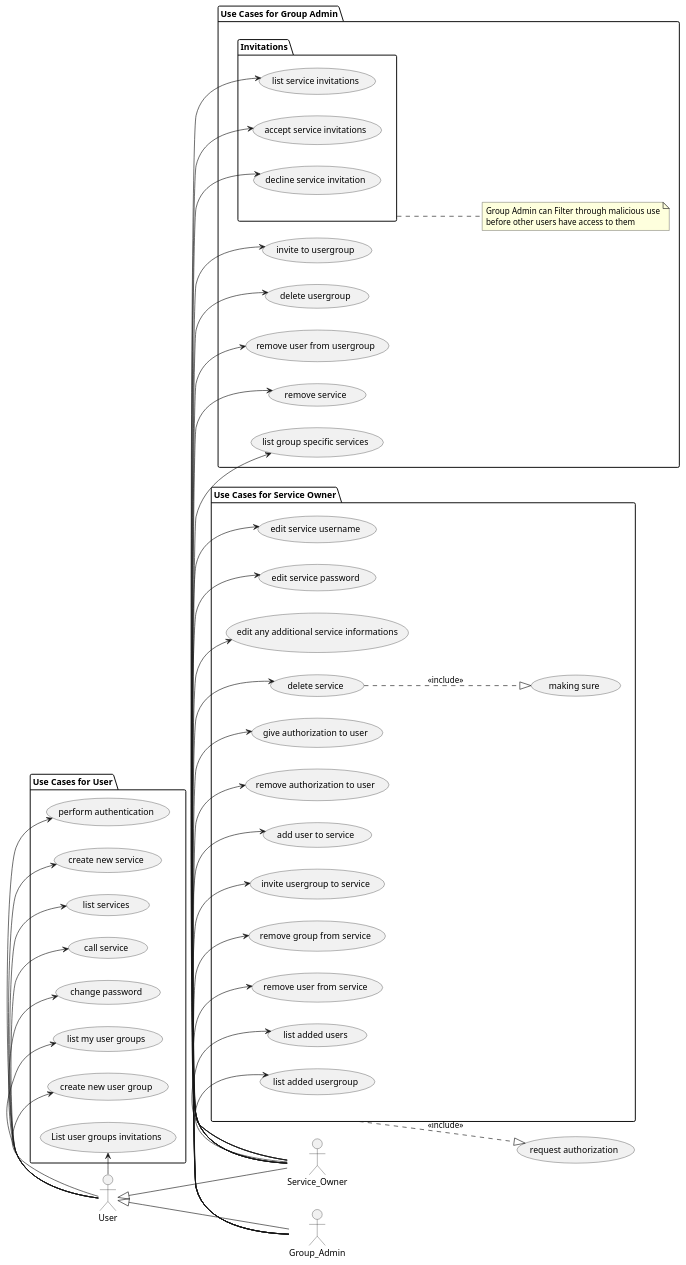
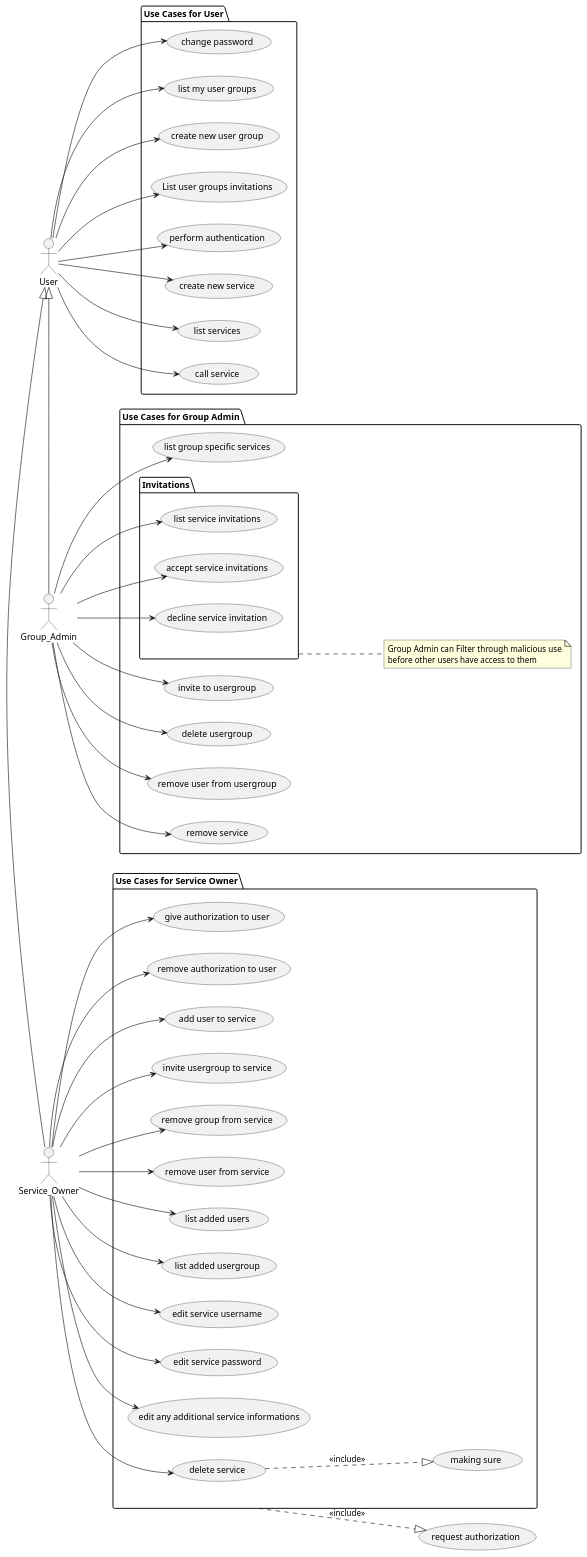
The diagram in doc/usecase.plantuml (sesogr/auth-share), drawn with PlantUML before and after one commit.

```diff
--- a/doc/usecase.plantuml
+++ b/doc/usecase.plantuml
@@ -1,92 +1,92 @@
 @startuml
 
 left to right direction
 
 actor User
 actor Service_Owner
 actor Group_Admin
 
-User <|-- Service_Owner
-User <|-- Group_Admin
+User <|- Service_Owner
+User <|- Group_Admin
 
 package "Use Cases for User" {
     (perform authentication) as PA
     (create new service) as CNS
     (list services) as LS
     (call service) as CS
     (change password) as CP
     (list my user groups) as LMUG
     (create new user group) as CNUG
     (List user groups invitations) as LUGI
 }
 
-User -> PA
-User -> CNS
-User -> LS
-User -> CS
-User -> CP
-User -> LMUG
-User -> CNUG
-User -> LUGI
+User --> PA
+User --> CNS
+User --> LS
+User --> CS
+User --> CP
+User --> LMUG
+User --> CNUG
+User --> LUGI
 
 package "Use Cases for Service Owner" as SO{
     (edit service username) as ESU
     (edit service password) as ESP
     (edit any additional service informations) as EASI
     (delete service) as DS
     
     (give authorization to user) as G_AUTH
     (remove authorization to user) as R_AUTH
     (add user to service) as AUTS
     (invite usergroup to service) as IUFS
     (remove group from service) as RGFS
     (remove user from service) as RUFS
     (list added users) as LAU
     (list added usergroup) as LAG
     (making sure) as MS
 }
 
 (request authorization) as AUTH
 
 DS ..|> MS : <<include>>
-Service_Owner -> ESU
-Service_Owner -> ESP
-Service_Owner -> EASI
-Service_Owner -> DS
+Service_Owner --> ESU
+Service_Owner --> ESP
+Service_Owner --> EASI
+Service_Owner --> DS
 SO ..|> AUTH : <<include>>
-Service_Owner -> G_AUTH
-Service_Owner -> R_AUTH
-Service_Owner -> AUTS
-Service_Owner -> IUFS
-Service_Owner -> RGFS
-Service_Owner -> RUFS
-Service_Owner -> LAU
-Service_Owner -> LAG
+Service_Owner --> G_AUTH
+Service_Owner --> R_AUTH
+Service_Owner --> AUTS
+Service_Owner --> IUFS
+Service_Owner --> RGFS
+Service_Owner --> RUFS
+Service_Owner --> LAU
+Service_Owner --> LAG
 
 package "Use Cases for Group Admin" {
     (invite to usergroup) as ITG
     (delete usergroup) as DG
     (remove user from usergroup) as RUFG
     package "Invitations" as Invitations{
     (list service invitations) as LSI
     (accept service invitations) as ASI
     (decline service invitation) as DSI
     }
     note right of Invitations
     Group Admin can Filter through malicious use
     before other users have access to them
     end note
     (remove service) as RS
     (list group specific services) as LGSS
 }
 
-Group_Admin -> ITG
-Group_Admin -> DG
-Group_Admin -> RUFG
-Group_Admin -> LSI
-Group_Admin -> ASI
-Group_Admin -> DSI
-Group_Admin -> RS
-Group_Admin -> LGSS
+Group_Admin --> ITG
+Group_Admin --> DG
+Group_Admin --> RUFG
+Group_Admin --> LSI
+Group_Admin --> ASI
+Group_Admin --> DSI
+Group_Admin --> RS
+Group_Admin --> LGSS
 
 @enduml
```
